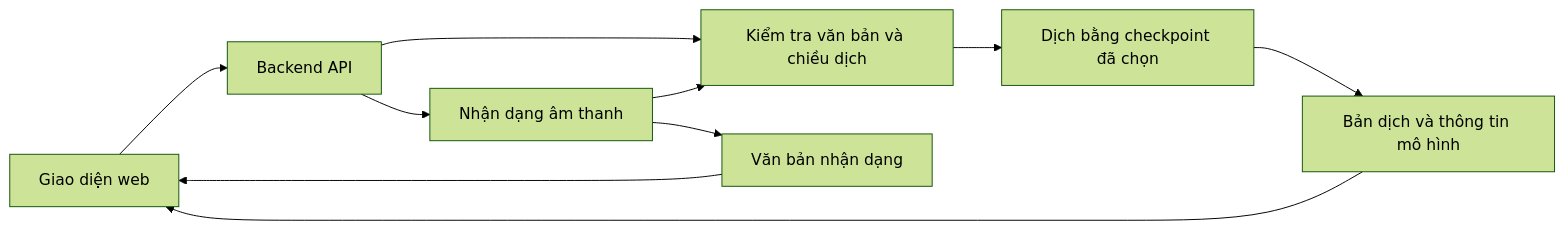
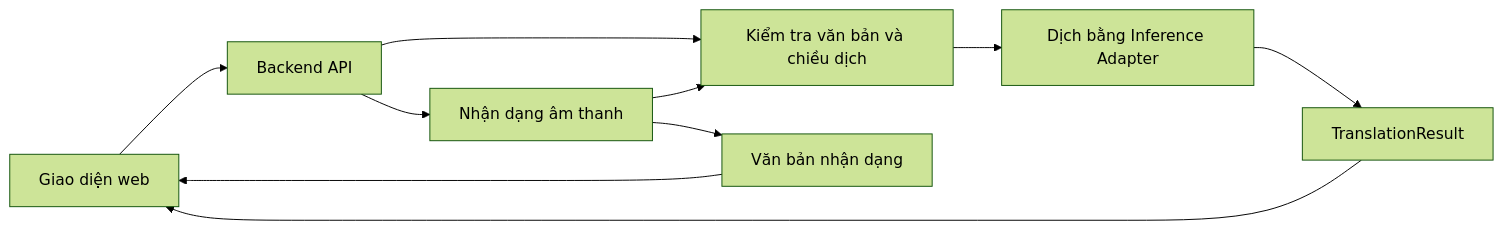
Before and after one commit to thangpham0906/IE501-DoAnTotNghiep: the second of 2 diagrams in ARCHITECTURE.md, drawn with Mermaid (forest theme). The commit also changed other lines of this file and 13 other files, not shown here.

````diff
--- a/ARCHITECTURE.md
+++ b/ARCHITECTURE.md
@@ -144,12 +144,12 @@
 ```mermaid
 flowchart LR
     U[Giao diện web] --> API[Backend API]
     API --> TXT[Kiểm tra văn bản và chiều dịch]
-    TXT --> MT[Dịch bằng checkpoint đã chọn]
+    TXT --> MT[Dịch bằng Inference Adapter]
     API --> ASR[Nhận dạng âm thanh]
     ASR --> TXT
-    MT --> R[Bản dịch và thông tin mô hình]
+    MT --> R[TranslationResult]
     ASR --> TR[Văn bản nhận dạng]
     R --> U
     TR --> U
 ```
````
